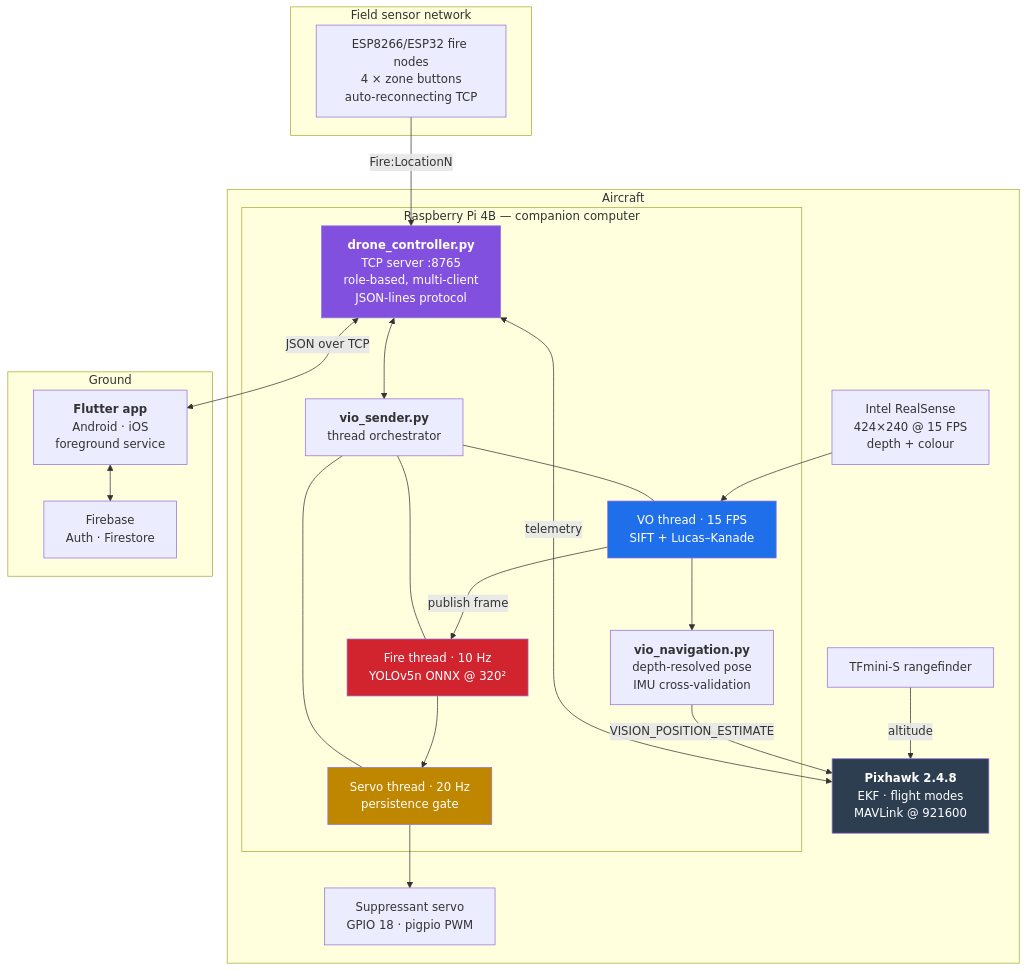
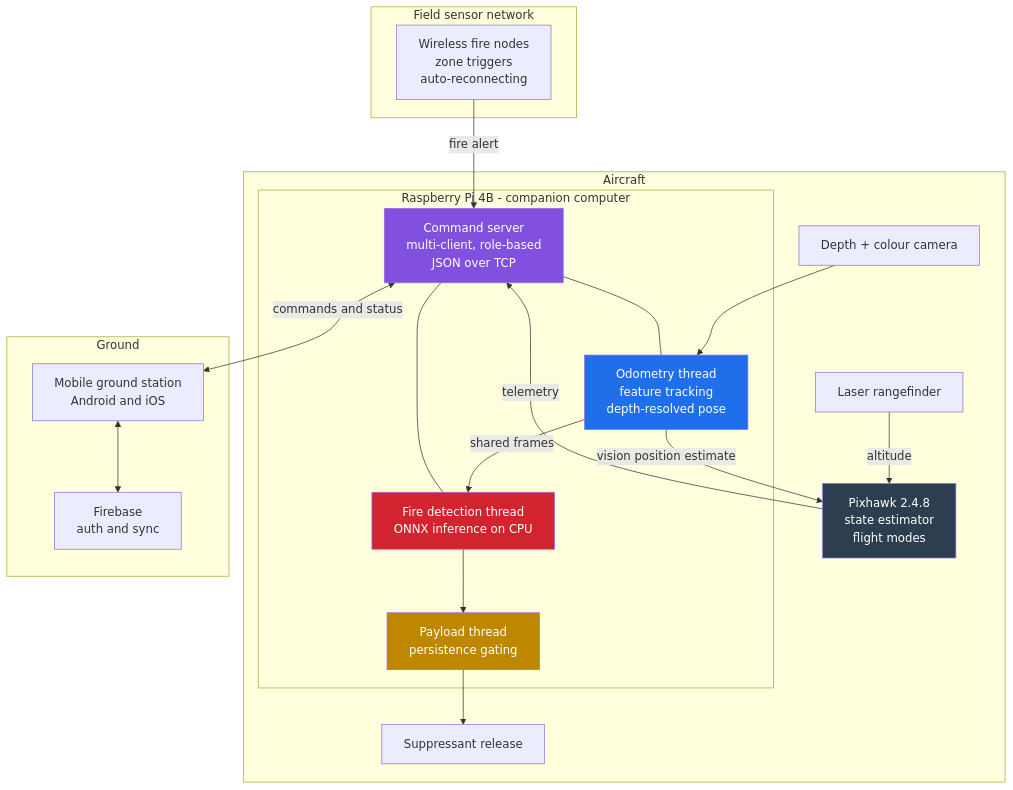
The first of 2 diagrams in README.md (Husnaiin/Guardian), drawn with Mermaid before and after one commit. The commit also changed other lines of this file, not shown here.

````diff
--- a/README.md
+++ b/README.md
@@ -84,48 +62,43 @@
 ```mermaid
 flowchart TB
     subgraph FIELD["Field sensor network"]
-        ESP["ESP8266/ESP32 fire nodes<br/>4 × zone buttons<br/>auto-reconnecting TCP"]
+        ESP["Wireless fire nodes<br/>zone triggers<br/>auto-reconnecting"]
     end
 
     subgraph AIR["Aircraft"]
-        subgraph PI["Raspberry Pi 4B — companion computer"]
-            SRV["<b>drone_controller.py</b><br/>TCP server :8765<br/>role-based, multi-client<br/>JSON-lines protocol"]
-            VIO["<b>vio_sender.py</b><br/>thread orchestrator"]
-            VO["VO thread · 15 FPS<br/>SIFT + Lucas–Kanade"]
-            FIRE["Fire thread · 10 Hz<br/>YOLOv5n ONNX @ 320²"]
-            SERVO["Servo thread · 20 Hz<br/>persistence gate"]
-            NAV["<b>vio_navigation.py</b><br/>depth-resolved pose<br/>IMU cross-validation"]
+        subgraph PI["Raspberry Pi 4B - companion computer"]
+            SRV["Command server<br/>multi-client, role-based<br/>JSON over TCP"]
+            VO["Odometry thread<br/>feature tracking<br/>depth-resolved pose"]
+            FIRE["Fire detection thread<br/>ONNX inference on CPU"]
+            SERVO["Payload thread<br/>persistence gating"]
         end
-        CAM["Intel RealSense<br/>424×240 @ 15 FPS<br/>depth + colour"]
-        PX["<b>Pixhawk 2.4.8</b><br/>EKF · flight modes<br/>MAVLink @ 921600"]
-        TF["TFmini-S rangefinder"]
-        PAY["Suppressant servo<br/>GPIO 18 · pigpio PWM"]
+        CAM["Depth + colour camera"]
+        PX["Pixhawk 2.4.8<br/>state estimator<br/>flight modes"]
+        TF["Laser rangefinder"]
+        PAY["Suppressant release"]
     end
 
     subgraph GROUND["Ground"]
-        APP["<b>Flutter app</b><br/>Android · iOS<br/>foreground service"]
-        FB["Firebase<br/>Auth · Firestore"]
+        APP["Mobile ground station<br/>Android and iOS"]
+        FB["Firebase<br/>auth and sync"]
     end
 
     CAM --> VO
-    VO -->|"publish frame"| FIRE
-    VO --> NAV
-    NAV -->|"VISION_POSITION_ESTIMATE"| PX
+    VO -->|shared frames| FIRE
+    VO -->|vision position estimate| PX
     TF -->|altitude| PX
     FIRE --> SERVO
     SERVO --> PAY
-    VIO --- VO
-    VIO --- FIRE
-    VIO --- SERVO
-    SRV <--> VIO
-    PX <-->|"telemetry"| SRV
-    ESP -->|"Fire:LocationN"| SRV
-    SRV <-->|"JSON over TCP"| APP
+    SRV --- VO
+    SRV --- FIRE
+    PX -->|telemetry| SRV
+    ESP -->|fire alert| SRV
+    SRV <-->|commands and status| APP
     APP <--> FB
 
     style VO fill:#1f6feb,color:#fff
     style FIRE fill:#d1242f,color:#fff
     style SERVO fill:#bf8700,color:#fff
     style PX fill:#2c3e50,color:#fff
     style SRV fill:#8250df,color:#fff
 ```
````
